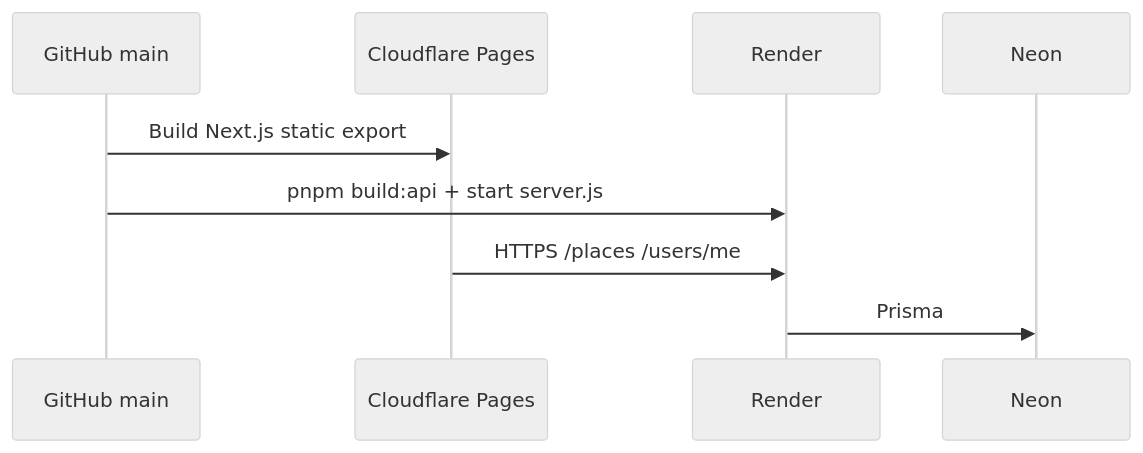
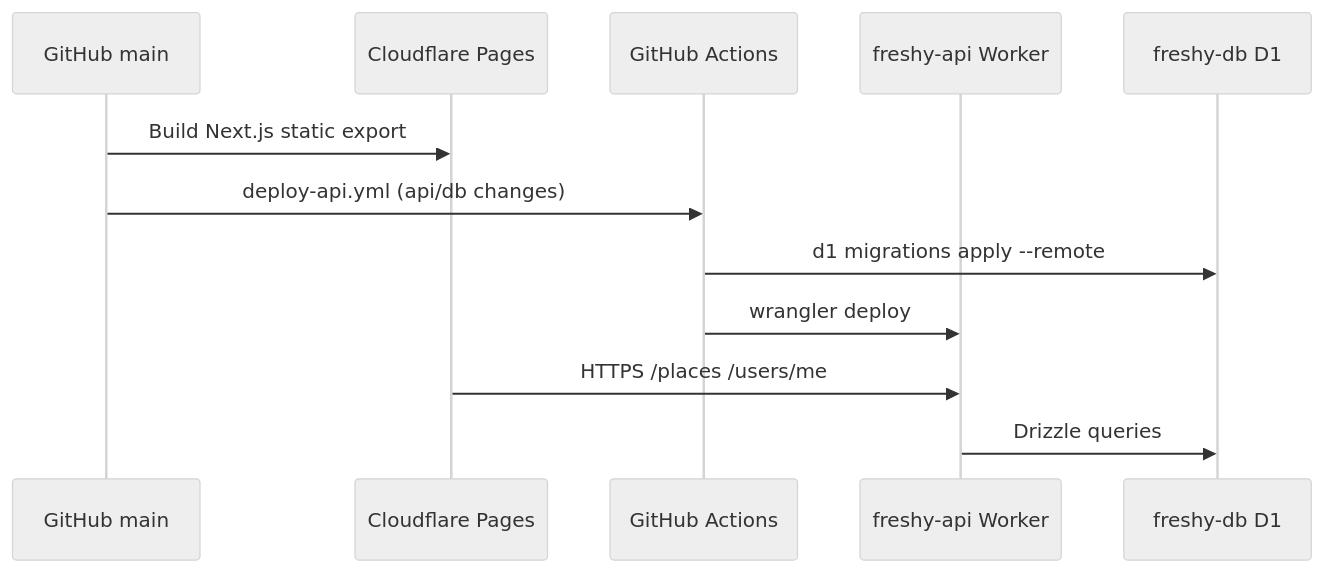
One commit to alexandrelheinen/freshy changed the second of 3 diagrams in README.md. Above: the diagram before and after it, drawn with Mermaid (neutral theme). The commit also changed other lines of this file and 36 other files, not shown here.

````diff
--- a/README.md
+++ b/README.md
@@ -51,12 +61,15 @@
 ```mermaid
 sequenceDiagram
     participant GH as GitHub main
     participant Pages as Cloudflare Pages
-    participant Render as Render
-    participant Neon as Neon
+    participant GHA as GitHub Actions
+    participant Worker as freshy-api Worker
+    participant D1 as freshy-db D1
 
     GH->>Pages: Build Next.js static export
-    GH->>Render: pnpm build:api + start server.js
-    Pages->>Render: HTTPS /places /users/me
-    Render->>Neon: Prisma
+    GH->>GHA: deploy-api.yml (api/db changes)
+    GHA->>D1: d1 migrations apply --remote
+    GHA->>Worker: wrangler deploy
+    Pages->>Worker: HTTPS /places /users/me
+    Worker->>D1: Drizzle queries
 ```
````
